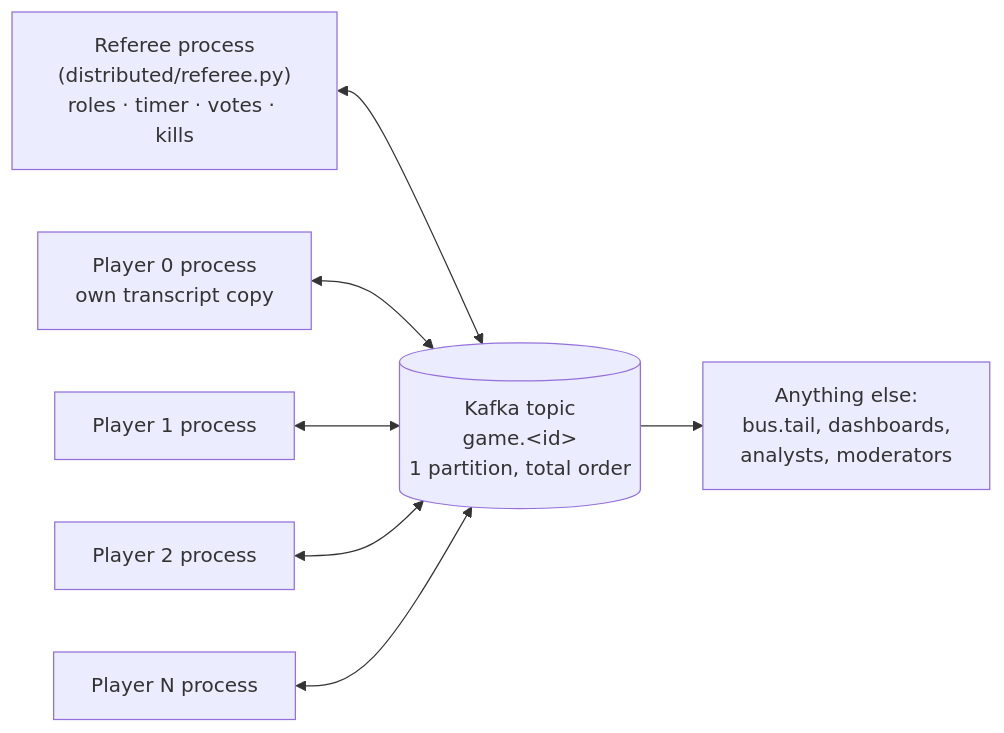
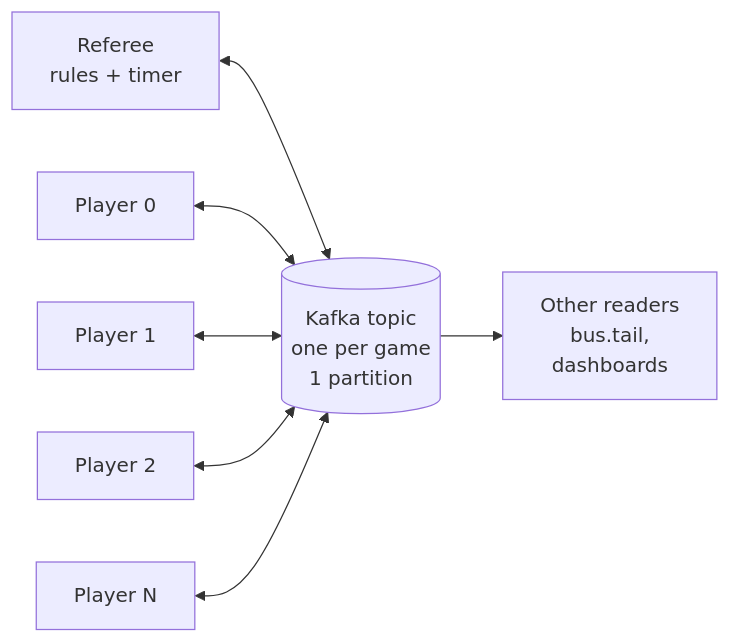
Before and after one commit to surbhit20/multi-agent-orchestration: the third of 4 diagrams in README.md, drawn with Mermaid. The commit also changed other lines of this file, not shown here.

First line of the commit message:
Fix README diagrams that GitHub clipped

````diff
--- a/README.md
+++ b/README.md
@@ -189,17 +188,17 @@
 ```mermaid
 flowchart LR
-    R["Referee process<br/>(distributed/referee.py)<br/>roles · timer · votes · kills"]
-    T[("Kafka topic<br/>game.&lt;id&gt;<br/>1 partition, total order")]
-    P0["Player 0 process<br/>own transcript copy"]
-    P1["Player 1 process"]
-    P2["Player 2 process"]
-    PN["Player N process"]
-    X["Anything else:<br/>bus.tail, dashboards,<br/>analysts, moderators"]
+    R["Referee<br/>rules + timer"]
+    P0["Player 0"]
+    P1["Player 1"]
+    P2["Player 2"]
+    PN["Player N"]
+    T[("Kafka topic<br/>one per game<br/>1 partition")]
+    X["Other readers<br/>bus.tail,<br/>dashboards"]
 
     R <--> T
     P0 <--> T
     P1 <--> T
     P2 <--> T
     PN <--> T
     T --> X
 ```
````
